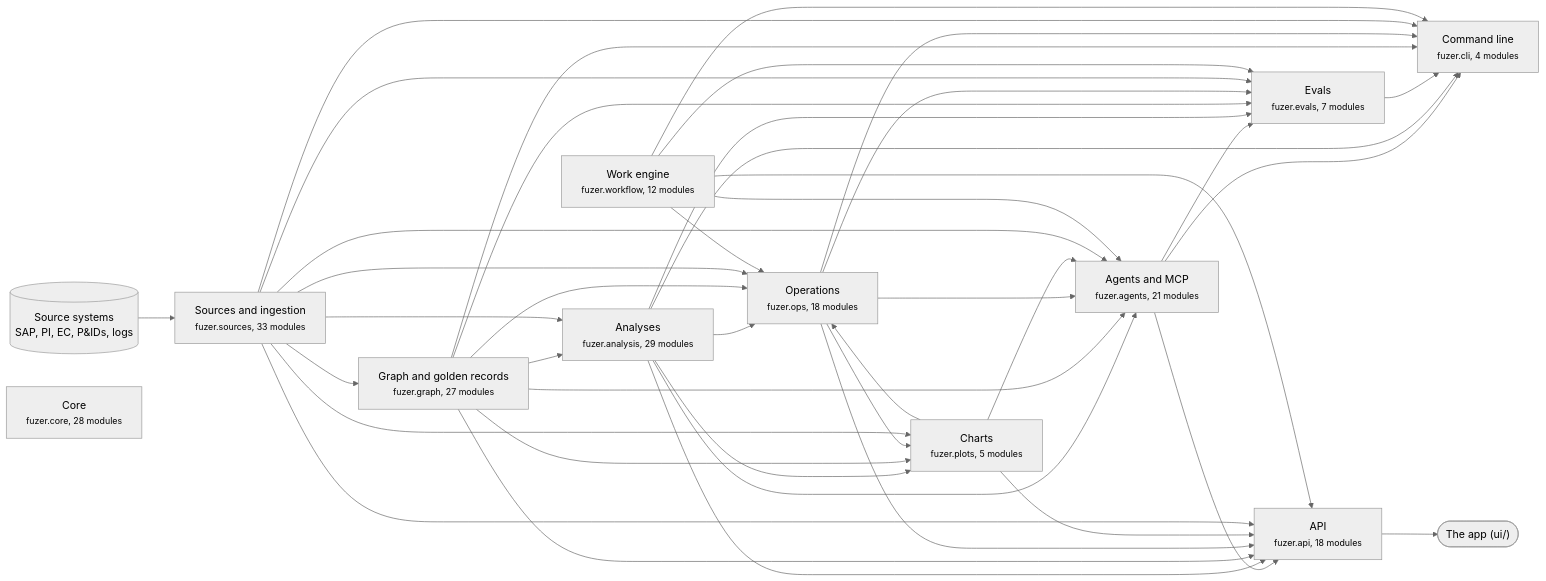
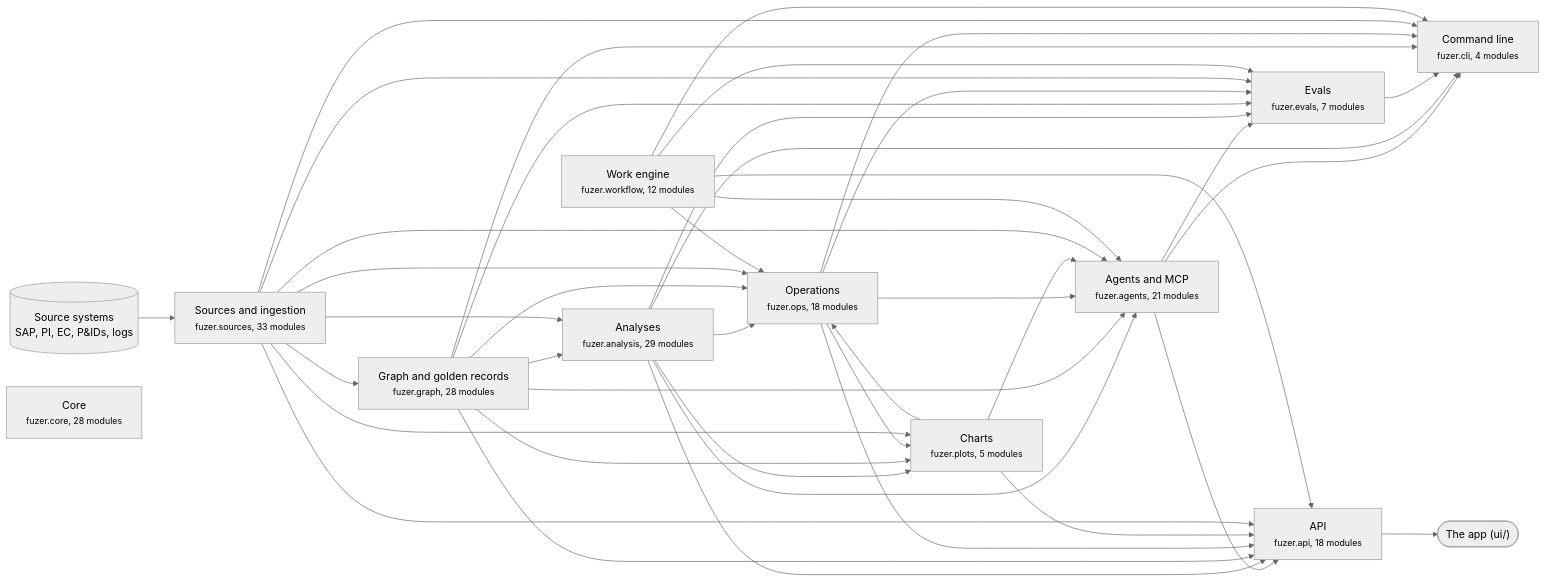
One commit to areed145/fuzer changed the first of 3 diagrams in docs/architecture.md. Above: the diagram before and after it, drawn with Mermaid (neutral theme). The commit also changed other lines of this file and 8 other files, not shown here.

````diff
--- a/docs/architecture.md
+++ b/docs/architecture.md
@@ -8,66 +8,66 @@
 ```mermaid
 flowchart LR
   systems[("Source systems<br>SAP, PI, EC, P&IDs, logs")] --> c_sources
   app(["The app (ui/)"])
   c_api --> app
   c_sources["Sources and ingestion<br><small>fuzer.sources, 33 modules</small>"]
-  c_graph["Graph and golden records<br><small>fuzer.graph, 27 modules</small>"]
+  c_graph["Graph and golden records<br><small>fuzer.graph, 28 modules</small>"]
   c_analysis["Analyses<br><small>fuzer.analysis, 29 modules</small>"]
   c_ops["Operations<br><small>fuzer.ops, 18 modules</small>"]
   c_plots["Charts<br><small>fuzer.plots, 5 modules</small>"]
   c_workflow["Work engine<br><small>fuzer.workflow, 12 modules</small>"]
   c_agents["Agents and MCP<br><small>fuzer.agents, 21 modules</small>"]
   c_evals["Evals<br><small>fuzer.evals, 7 modules</small>"]
   c_api["API<br><small>fuzer.api, 18 modules</small>"]
   c_cli["Command line<br><small>fuzer.cli, 4 modules</small>"]
   c_core["Core<br><small>fuzer.core, 28 modules</small>"]
   c_sources --> c_graph
   c_graph --> c_analysis
   c_sources --> c_analysis
   c_analysis --> c_ops
   c_graph --> c_ops
   c_plots --> c_ops
   c_sources --> c_ops
   c_workflow --> c_ops
   c_analysis --> c_plots
   c_graph --> c_plots
   c_ops --> c_plots
   c_sources --> c_plots
   c_analysis --> c_agents
   c_graph --> c_agents
   c_ops --> c_agents
   c_plots --> c_agents
   c_sources --> c_agents
   c_workflow --> c_agents
   c_agents --> c_evals
   c_analysis --> c_evals
   c_graph --> c_evals
   c_ops --> c_evals
   c_sources --> c_evals
   c_workflow --> c_evals
   c_agents --> c_api
   c_analysis --> c_api
   c_graph --> c_api
   c_ops --> c_api
   c_plots --> c_api
   c_sources --> c_api
   c_workflow --> c_api
   c_agents --> c_cli
   c_analysis --> c_cli
   c_evals --> c_cli
   c_graph --> c_cli
   c_ops --> c_cli
   c_sources --> c_cli
   c_workflow --> c_cli
   click c_sources "https://github.com/areed145/fuzer/tree/main/src/fuzer/sources"
   click c_graph "https://github.com/areed145/fuzer/tree/main/src/fuzer/graph"
   click c_analysis "https://github.com/areed145/fuzer/tree/main/src/fuzer/analysis"
   click c_ops "https://github.com/areed145/fuzer/tree/main/src/fuzer/ops"
   click c_plots "https://github.com/areed145/fuzer/tree/main/src/fuzer/plots"
   click c_workflow "https://github.com/areed145/fuzer/tree/main/src/fuzer/workflow"
   click c_agents "https://github.com/areed145/fuzer/tree/main/src/fuzer/agents"
   click c_evals "https://github.com/areed145/fuzer/tree/main/src/fuzer/evals"
   click c_api "https://github.com/areed145/fuzer/tree/main/src/fuzer/api"
   click c_cli "https://github.com/areed145/fuzer/tree/main/src/fuzer/cli"
   click c_core "https://github.com/areed145/fuzer/tree/main/src/fuzer/core"
 ```
````
